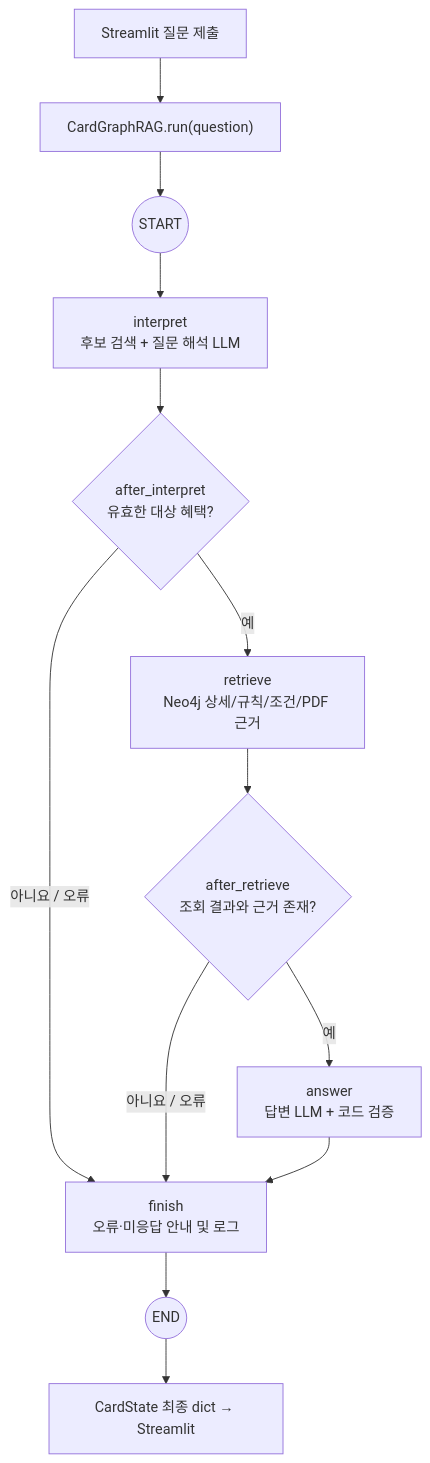
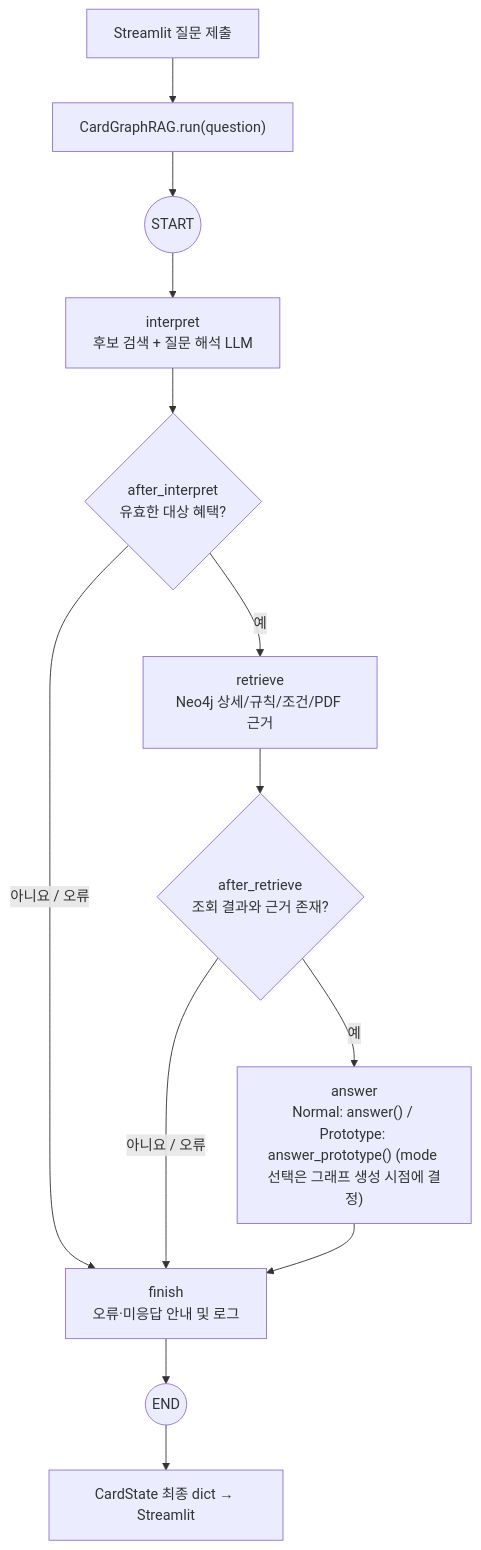
Before and after one commit to darkping1980/mle-02-p2-team3: the diagram in src/card_benefit/docs/guide/LANGGRAPH_CARD_GRAPHRAG_STRUCTURE_GUIDE.md, drawn with Mermaid. The commit also changed other lines of this file and 3 other files, not shown here.

````diff
--- a/src/card_benefit/docs/guide/LANGGRAPH_CARD_GRAPHRAG_STRUCTURE_GUIDE.md
+++ b/src/card_benefit/docs/guide/LANGGRAPH_CARD_GRAPHRAG_STRUCTURE_GUIDE.md
@@ -68,15 +73,15 @@
 ```mermaid
 flowchart TD
     UI["Streamlit 질문 제출"] --> RUN["CardGraphRAG.run(question)"]
     RUN --> START((START))
     START --> I["interpret\n후보 검색 + 질문 해석 LLM"]
     I --> D1{"after_interpret\n유효한 대상 혜택?"}
     D1 -->|예| R["retrieve\nNeo4j 상세/규칙/조건/PDF 근거"]
     D1 -->|아니요 / 오류| F["finish\n오류·미응답 안내 및 로그"]
     R --> D2{"after_retrieve\n조회 결과와 근거 존재?"}
-    D2 -->|예| A["answer\n답변 LLM + 코드 검증"]
+    D2 -->|예| A["answer\nNormal: answer() / Prototype: answer_prototype() (mode 선택은 그래프 생성 시점에 결정)"]
     D2 -->|아니요 / 오류| F
     A --> F
     F --> END((END))
     END --> OUTPUT["CardState 최종 dict → Streamlit"]
 ```
````
